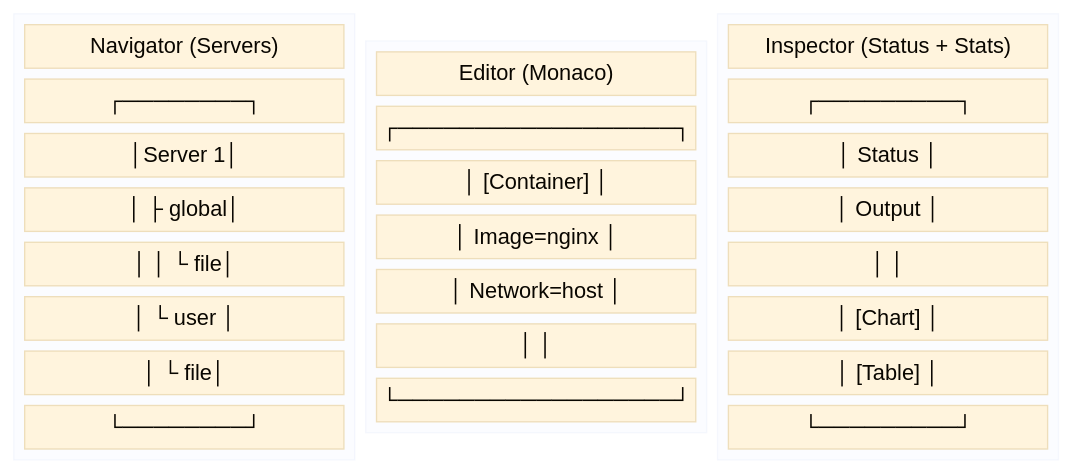
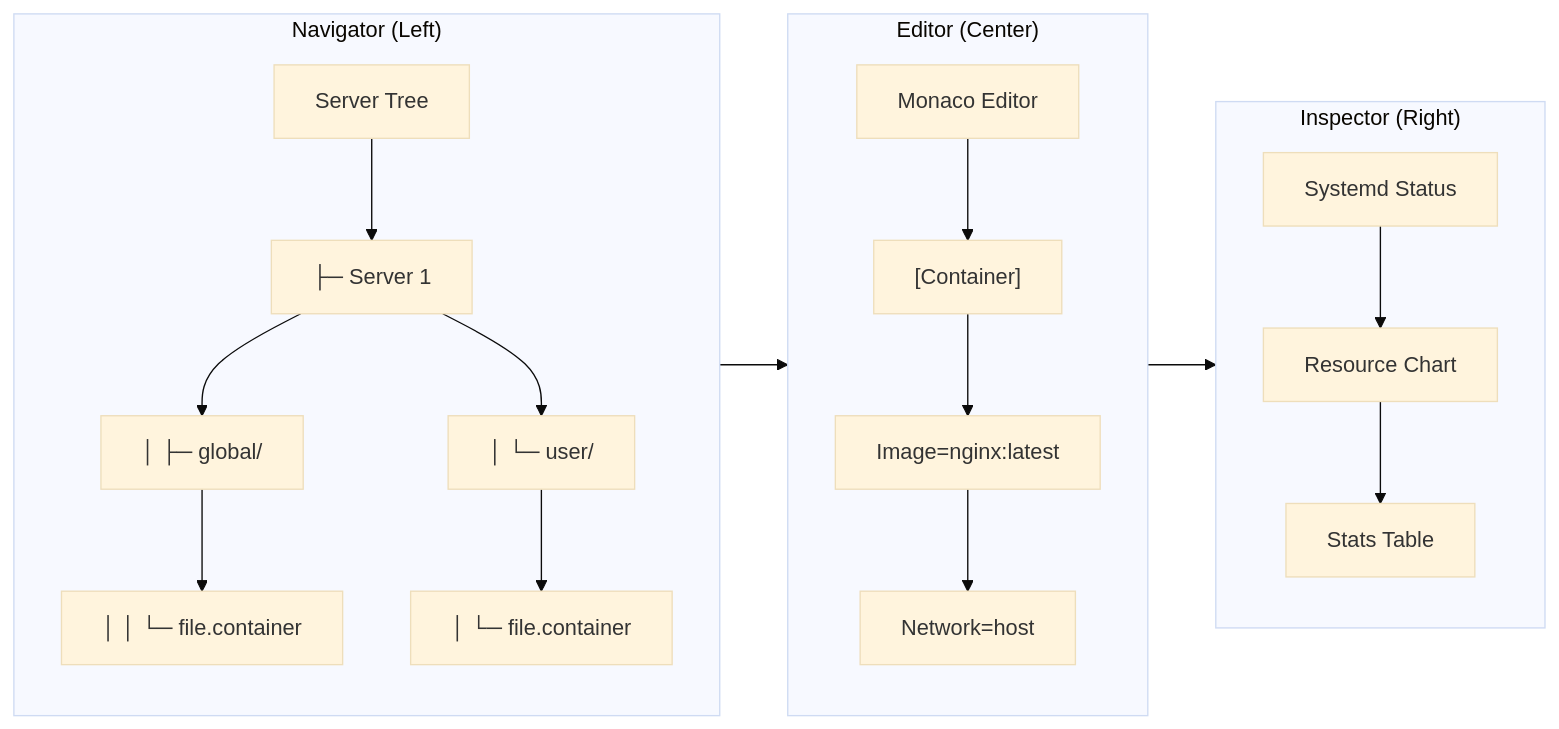
Before and after one commit to karoltheguy/QuadletManager: the second of 6 diagrams in docs/ARCHITECTURE.md, drawn with Mermaid (base theme).

Commit message:
docs: remove extraneous 'end' directive in architecture diagram

````diff
--- a/docs/ARCHITECTURE.md
+++ b/docs/ARCHITECTURE.md
@@ -127,36 +127,30 @@
 ```mermaid
-block-beta
-    columns 3
-    block:nav:1
-        columns 1
-        A["Navigator (Servers)"]
-        B["┌────────┐"]
-        C["│Server 1│"]
-        D["│ ├ global│"]
-        E["│ │ └ file│"]
-        F["│ └ user │"]
-        G["│ └ file│"]
-        H["└────────┘"]
+flowchart LR
+    subgraph Navigator["Navigator (Left)"]
+        N1["Server Tree"]
+        N2["├─ Server 1"]
+        N3["│  ├─ global/"]
+        N4["│  │  └─ file.container"]
+        N5["│  └─ user/"]
+        N6["│     └─ file.container"]
+        N1 --> N2 --> N3 --> N4
+        N2 --> N5 --> N6
     end
-    block:edit:1
-        columns 1
-        I["Editor (Monaco)"]
-        J["┌──────────────────┐"]
-        K["│ [Container] │"]
-        L["│ Image=nginx │"]
-        M["│ Network=host │"]
-        N["│ │"]
-        O["└──────────────────┘"]
+
+    subgraph Editor["Editor (Center)"]
+        E1["Monaco Editor"]
+        E2["[Container]"]
+        E3["Image=nginx:latest"]
+        E4["Network=host"]
+        E1 --> E2 --> E3 --> E4
     end
-    block:insp:1
-        columns 1
-        P["Inspector (Status + Stats)"]
-        Q["┌─────────┐"]
-        R["│ Status │"]
-        S["│ Output │"]
-        T["│ │"]
-        U["│ [Chart] │"]
-        V["│ [Table] │"]
-        W["└─────────┘"]
+
+    subgraph Inspector["Inspector (Right)"]
+        I1["Systemd Status"]
+        I2["Resource Chart"]
+        I3["Stats Table"]
+        I1 --> I2 --> I3
     end
+
+    Navigator --> Editor --> Inspector
 ```
````
